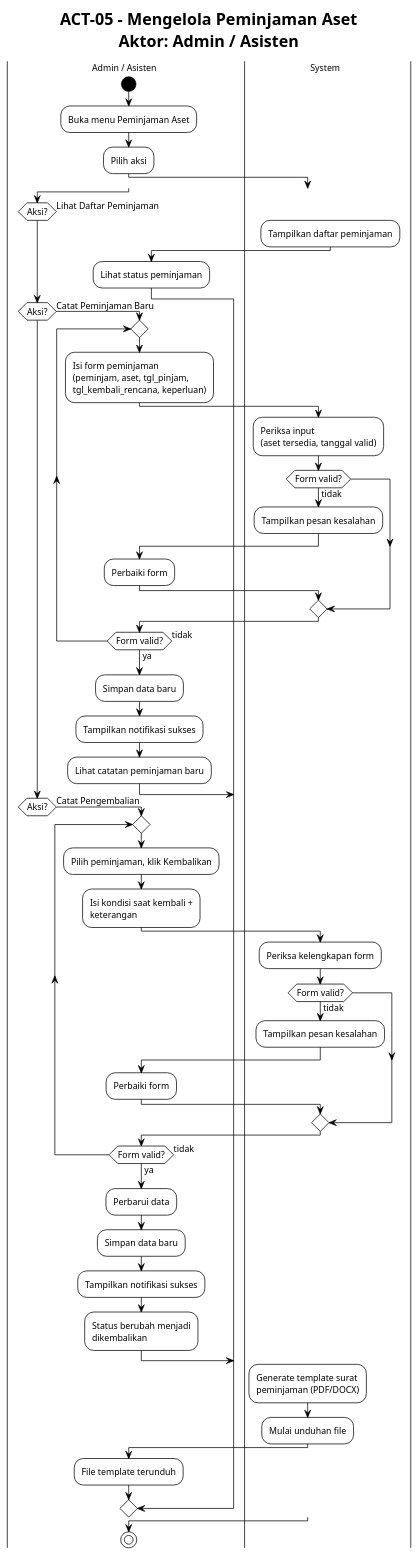
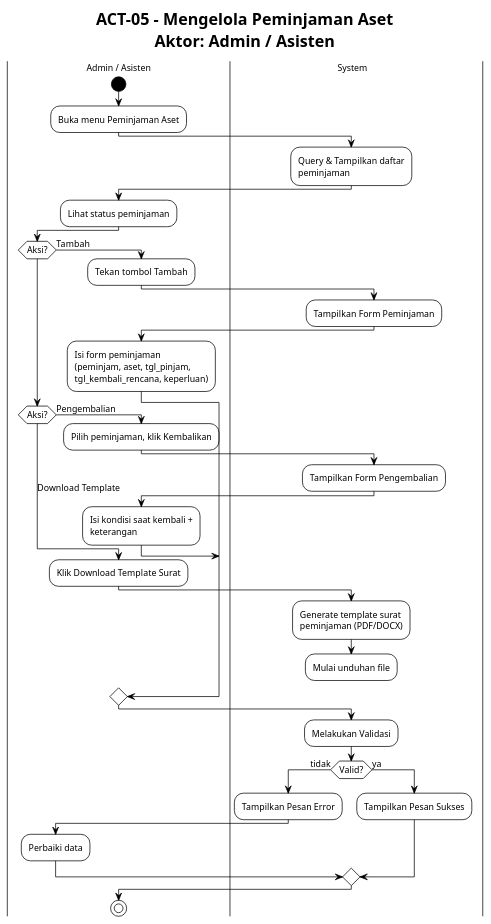
The diagram in docs/inventaris/activity/ACT_05_MENGELOLA_PEMINJAMAN.puml (Habiboys/SILAB-DSI), drawn with PlantUML before and after one commit. The commit also changed 170 other files, not shown here.

```diff
--- a/docs/inventaris/activity/ACT_05_MENGELOLA_PEMINJAMAN.puml
+++ b/docs/inventaris/activity/ACT_05_MENGELOLA_PEMINJAMAN.puml
@@ -1,72 +1,58 @@
 @startuml ACT_05_MENGELOLA_PEMINJAMAN
 !theme plain
 !pragma useVerticalIf on
 scale max 1600 width
 skinparam wrapWidth 200
 skinparam defaultFontSize 12
-skinparam swimlaneWidth 220
+skinparam swimlaneWidth 260
 skinparam ActivityStartColor black
 skinparam ActivityEndColor black
 title ACT-05 - Mengelola Peminjaman Aset\nAktor: Admin / Asisten
 
 |Admin / Asisten|
 |System|
 
 |Admin / Asisten|
 start
 :Buka menu Peminjaman Aset;
-:Pilih aksi;
+|System|
+:Query & Tampilkan daftar peminjaman;
+|Admin / Asisten|
+:Lihat status peminjaman;
 
-if (Aksi?) then (Lihat Daftar Peminjaman)
+if (Aksi?) then (Tambah)
+  :Tekan tombol Tambah;
   |System|
-  :Tampilkan daftar peminjaman;
+  :Tampilkan Form Peminjaman;
   |Admin / Asisten|
-  :Lihat status peminjaman;
+  :Isi form peminjaman\n(peminjam, aset, tgl_pinjam,\ntgl_kembali_rencana, keperluan);
 
-elseif (Aksi?) then (Catat Peminjaman Baru)
+elseif (Aksi?) then (Pengembalian)
+  :Pilih peminjaman, klik Kembalikan;
+  |System|
+  :Tampilkan Form Pengembalian;
   |Admin / Asisten|
-  repeat
-    :Isi form peminjaman\n(peminjam, aset, tgl_pinjam,\ntgl_kembali_rencana, keperluan);
-    |System|
-    :Periksa input\n(aset tersedia, tanggal valid);
-    if (Form valid?) then (tidak)
-      :Tampilkan pesan kesalahan;
-      |Admin / Asisten|
-      :Perbaiki form;
-    endif
-  repeat while (Form valid?) is (tidak) not (ya)
-  :Simpan data baru;
-  :Tampilkan notifikasi sukses;
-  |Admin / Asisten|
-  :Lihat catatan peminjaman baru;
+  :Isi kondisi saat kembali + keterangan;
 
-elseif (Aksi?) then (Catat Pengembalian)
-  |Admin / Asisten|
-  repeat
-    :Pilih peminjaman, klik Kembalikan;
-    :Isi kondisi saat kembali + keterangan;
-    |System|
-    :Periksa kelengkapan form;
-    if (Form valid?) then (tidak)
-      :Tampilkan pesan kesalahan;
-      |Admin / Asisten|
-      :Perbaiki form;
-    endif
-  repeat while (Form valid?) is (tidak) not (ya)
-  :Perbarui data;
-  :Simpan data baru;
-  :Tampilkan notifikasi sukses;
-  |Admin / Asisten|
-  :Status berubah menjadi dikembalikan;
-
-else (Download Template Surat)
+else (Download Template)
+  :Klik Download Template Surat;
   |System|
   :Generate template surat\npeminjaman (PDF/DOCX);
   :Mulai unduhan file;
   |Admin / Asisten|
-  :File template terunduh;
+endif
 
+|System|
+:Melakukan Validasi;
+if (Valid?) then (tidak)
+  :Tampilkan Pesan Error;
+  |Admin / Asisten|
+  :Perbaiki data;
+  |System|
+else (ya)
+  :Tampilkan Pesan Sukses;
+  |Admin / Asisten|
 endif
 
 stop
 @enduml
```
